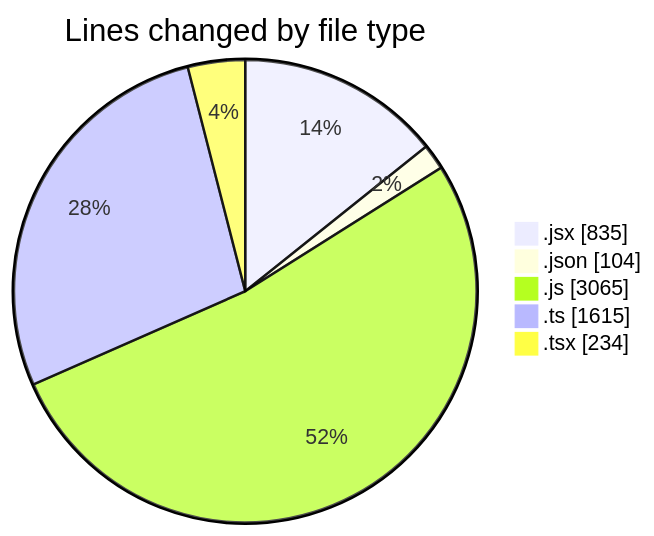
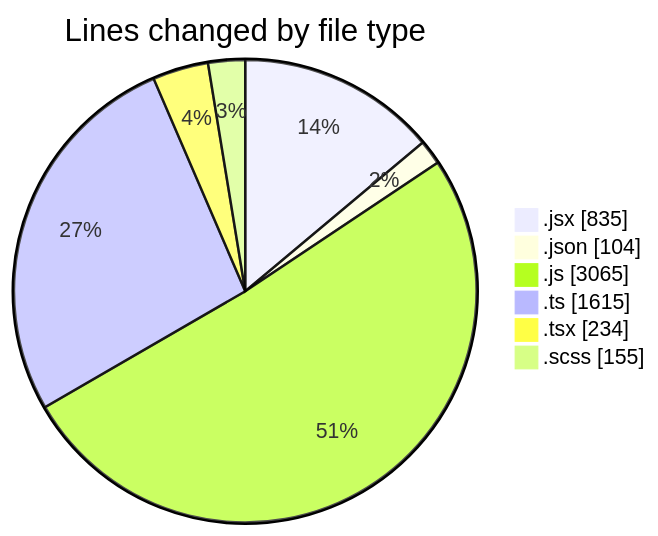
The first of 2 diagrams in 2025-05-19/cda/README.md (momahboobian/code-tracking), drawn with Mermaid before and after one commit. The commit also changed other lines of this file and 1 other file, not shown here.

````diff
--- a/2025-05-19/cda/README.md
+++ b/2025-05-19/cda/README.md
@@ -32,9 +33,10 @@
 ```mermaid
 pie showData
 title Lines changed by file type
 ".jsx" : 835
 ".json" : 104
 ".js" : 3065
 ".ts" : 1615
 ".tsx" : 234
+".scss" : 155
 ```
````
